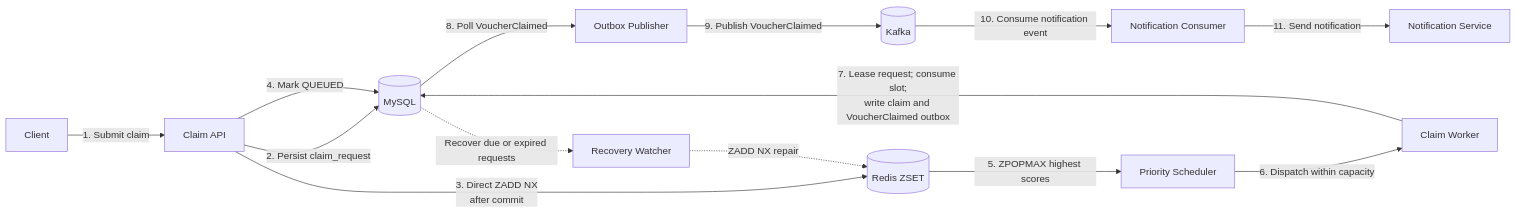
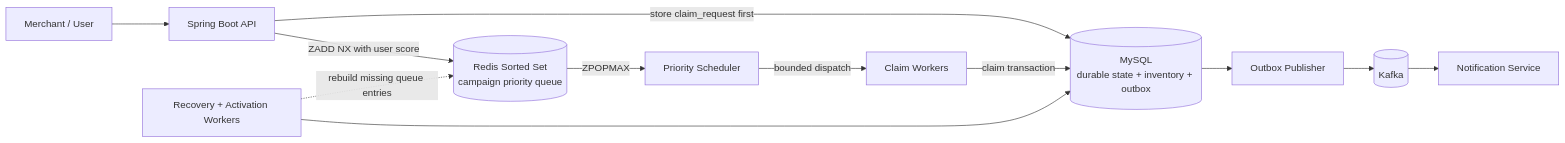
One commit to PhamDinhDuy-2508/Voucher-claim-system changed the first of 14 diagrams in SOLUTION.md. Above: the diagram before and after it, drawn with Mermaid. The commit also changed other lines of this file and 65 other files, not shown here.

Commit message:
feat: improve durable voucher claim workflow

````diff
--- a/SOLUTION.md
+++ b/SOLUTION.md
@@ -146,16 +144,14 @@
 ```mermaid
 flowchart LR
-    C[Client] -->|1. Submit claim| API[Claim API]
-    API -->|2. Persist claim_request| DB[(MySQL)]
-    API -->|3. Direct ZADD NX<br/>after commit| R[(Redis ZSET)]
-    API -->|4. Mark QUEUED| DB
-    R -->|5. ZPOPMAX highest scores| PS[Priority Scheduler]
-    PS -->|6. Dispatch within capacity| CW[Claim Worker]
-    CW -->|7. Lease request; consume slot;<br/>write claim and VoucherClaimed outbox| DB
-    DB -->|8. Poll VoucherClaimed| OP[Outbox Publisher]
-    OP -->|9. Publish VoucherClaimed| K[(Kafka)]
-    K -->|10. Consume notification event| NC[Notification Consumer]
-    NC -->|11. Send notification| NS[Notification Service]
-    DB -. Recover due or expired requests .-> RW[Recovery Watcher]
-    RW -. ZADD NX repair .-> R
+    U[Merchant / User] --> API[Spring Boot API]
+    API -->|store claim_request first| DB[(MySQL<br/>durable state + inventory + outbox)]
+    API -->|ZADD NX with user score| R[(Redis Sorted Set<br/>campaign priority queue)]
+    R -->|ZPOPMAX| S[Priority Scheduler]
+    S -->|bounded dispatch| W[Claim Workers]
+    W -->|claim transaction| DB
+    RW[Recovery + Activation Workers] --> DB
+    RW -. rebuild missing queue entries .-> R
+    DB --> OP[Outbox Publisher]
+    OP --> K[(Kafka)]
+    K --> NS[Notification Service]
 ```
````
